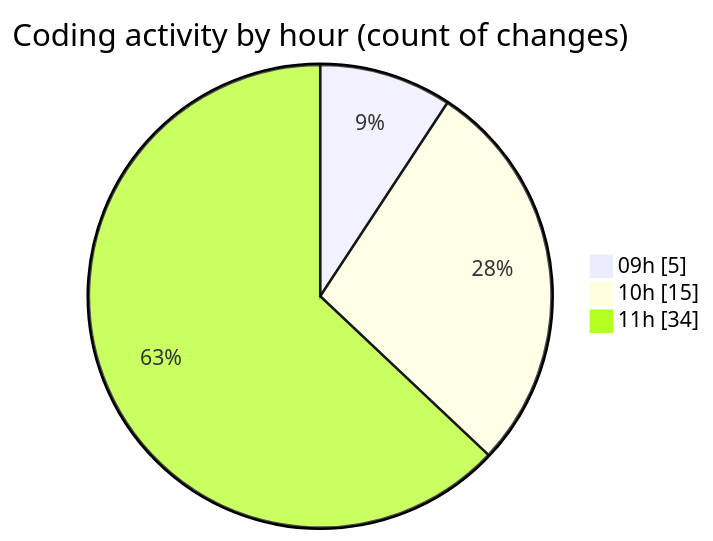
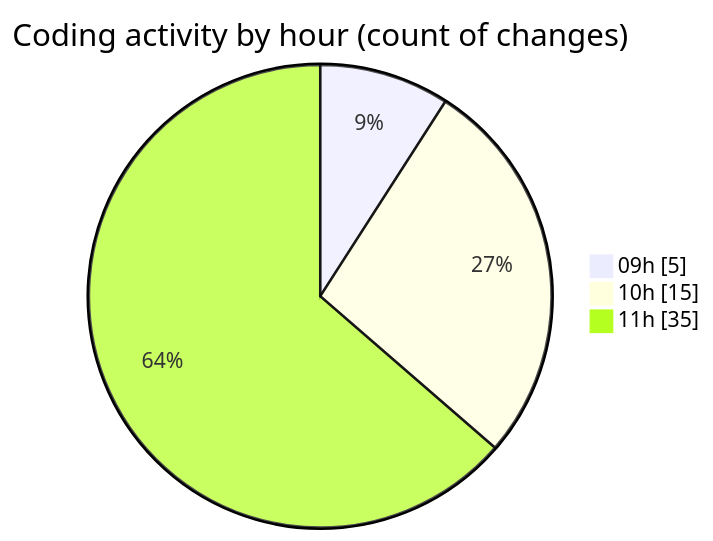
One commit to CELIANVF/code-tracking changed the second of 2 diagrams in 2025-06-13/ecodeli-1/README.md. Above: the diagram before and after it, drawn with Mermaid. The commit also changed other lines of this file and 1 other file, not shown here.

````diff
--- a/2025-06-13/ecodeli-1/README.md
+++ b/2025-06-13/ecodeli-1/README.md
@@ -41,7 +41,7 @@
 ```mermaid
 pie showData
 title Coding activity by hour (count of changes)
 "09h" : 5
 "10h" : 15
-"11h" : 34
+"11h" : 35
 ```
````
